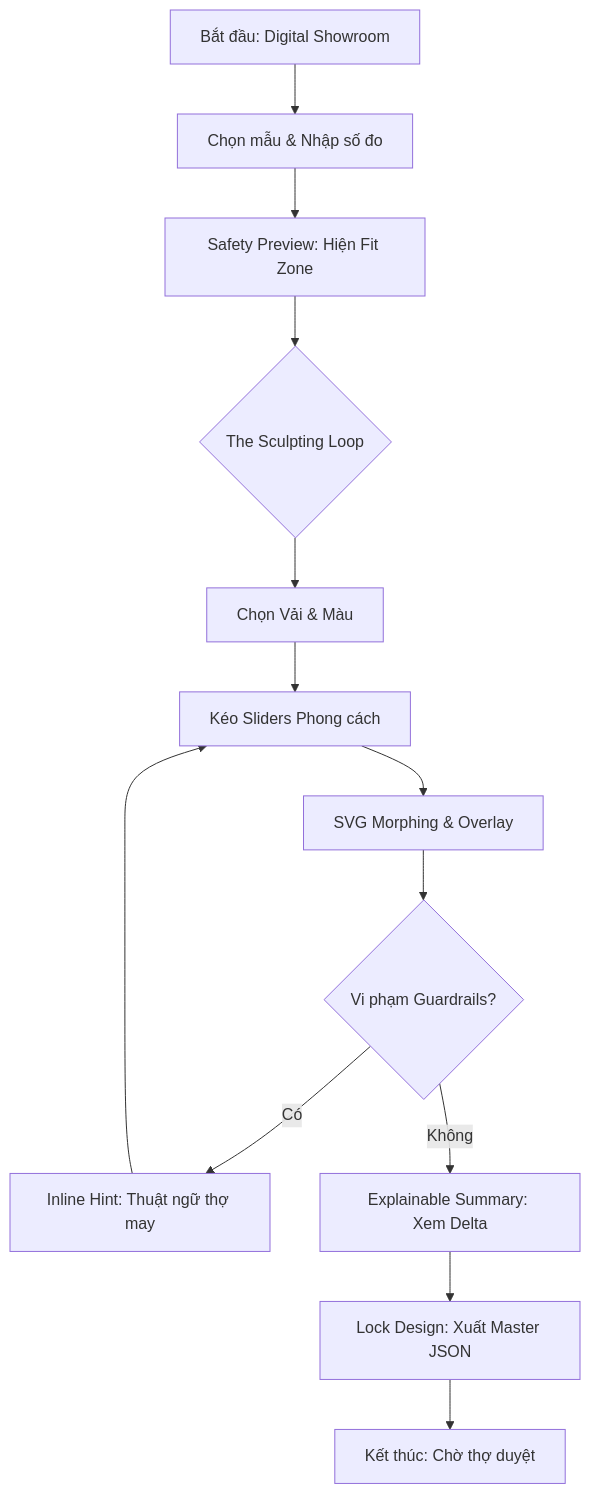
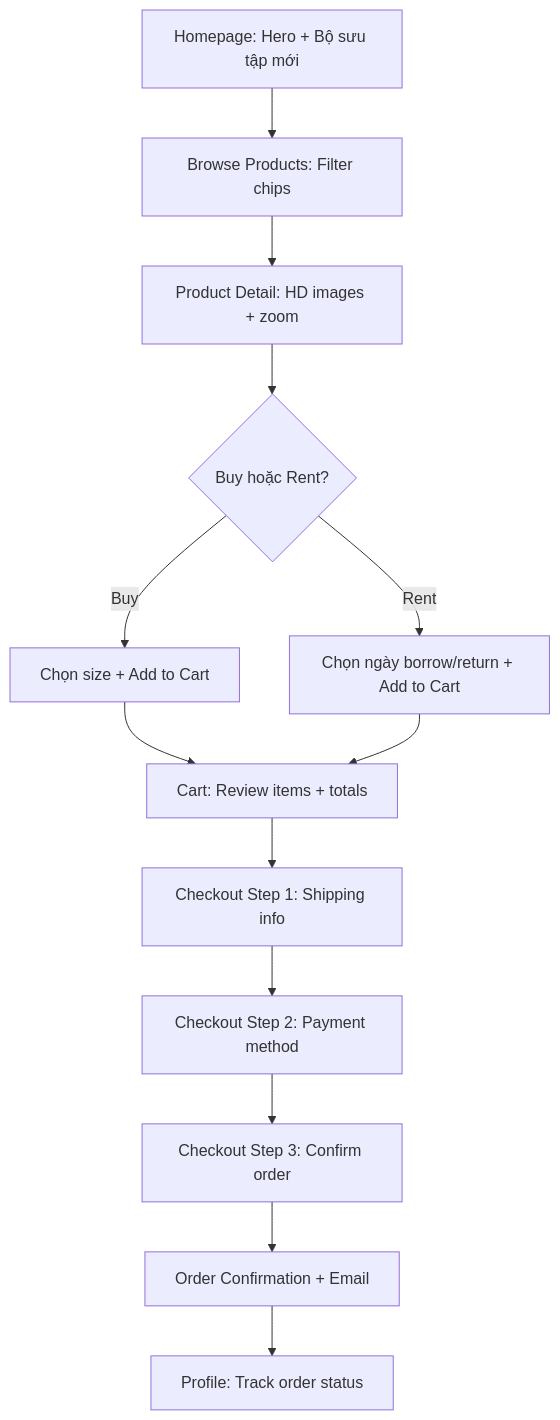
One commit to HaiLammm/datn-tailor-web changed the first of 5 diagrams in _bmad-output/planning-artifacts/ux-design-specification.md. Above: the diagram before and after it, drawn with Mermaid. The commit also changed other lines of this file and 29 other files, not shown here.

````diff
--- a/_bmad-output/planning-artifacts/ux-design-specification.md
+++ b/_bmad-output/planning-artifacts/ux-design-specification.md
@@ -144,15 +492,15 @@
 ```mermaid
 graph TD
-    A[Bắt đầu: Digital Showroom] --> B[Chọn mẫu & Nhập số đo]
-    B --> C[Safety Preview: Hiện Fit Zone]
-    C --> D{The Sculpting Loop}
-    D --> E[Chọn Vải & Màu]
-    E --> F[Kéo Sliders Phong cách]
-    F --> G[SVG Morphing & Overlay]
-    G --> H{Vi phạm Guardrails?}
-    H -- Có --> I[Inline Hint: Thuật ngữ thợ may]
-    I --> F
-    H -- Không --> J[Explainable Summary: Xem Delta]
-    J --> K[Lock Design: Xuất Master JSON]
-    K --> L[Kết thúc: Chờ thợ duyệt]
+    A[Homepage: Hero + Bộ sưu tập mới] --> B[Browse Products: Filter chips]
+    B --> C[Product Detail: HD images + zoom]
+    C --> D{Buy hoặc Rent?}
+    D -- Buy --> E[Chọn size + Add to Cart]
+    D -- Rent --> F[Chọn ngày borrow/return + Add to Cart]
+    E --> G[Cart: Review items + totals]
+    F --> G
+    G --> H[Checkout Step 1: Shipping info]
+    H --> I[Checkout Step 2: Payment method]
+    I --> J[Checkout Step 3: Confirm order]
+    J --> K[Order Confirmation + Email]
+    K --> L[Profile: Track order status]
 ```
````
